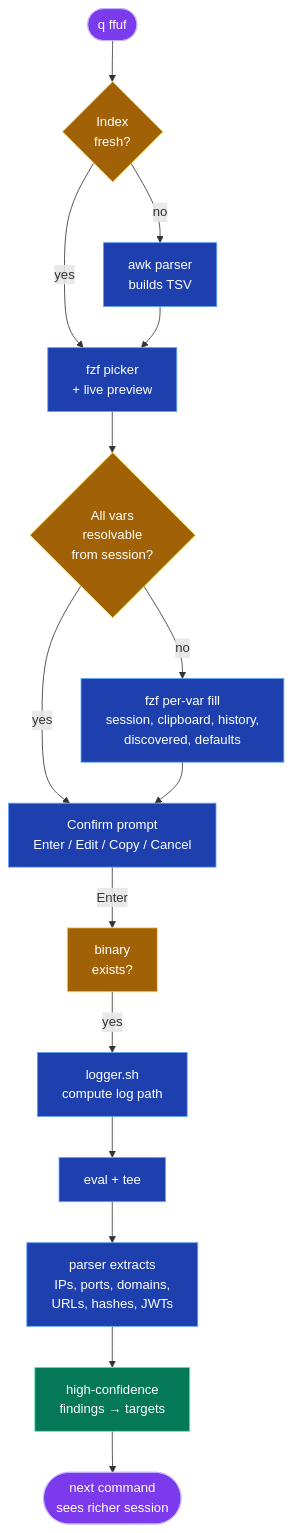
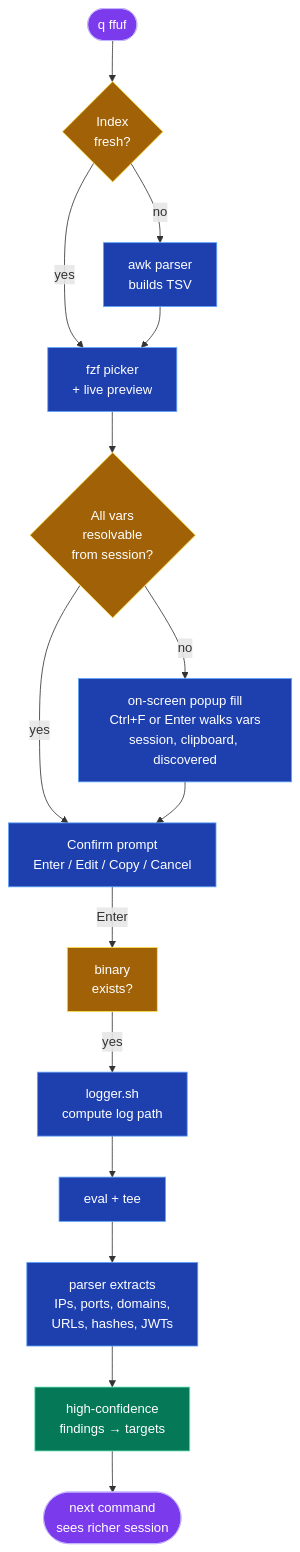
Before and after one commit to 0xDTC/0xq: the second of 4 diagrams in README.md, drawn with Mermaid. The commit also changed other lines of this file and 5 other files, not shown here.

First line of the commit message:
Add on-screen variable fill; drop session-context launcher and dev docs

````diff
--- a/README.md
+++ b/README.md
@@ -154,27 +155,27 @@
 ```mermaid
 flowchart TD
     Start([q ffuf]) --> Idx{Index<br/>fresh?}
     Idx -- no --> Rebuild[awk parser<br/>builds TSV]
     Idx -- yes --> Pick
     Rebuild --> Pick[fzf picker<br/>+ live preview]
     Pick --> Auto{All vars<br/>resolvable<br/>from session?}
     Auto -- yes --> Confirm[Confirm prompt<br/>Enter / Edit / Copy / Cancel]
-    Auto -- no --> Fill[fzf per-var fill<br/>session, clipboard, history,<br/>discovered, defaults]
+    Auto -- no --> Fill[on-screen popup fill<br/>Ctrl+F or Enter walks vars<br/>session, clipboard, discovered]
     Fill --> Confirm
     Confirm -- Enter --> PreCheck[binary<br/>exists?]
     PreCheck -- yes --> LogPath[logger.sh<br/>compute log path]
     LogPath --> Run[eval + tee]
     Run --> Parse[parser extracts<br/>IPs, ports, domains,<br/>URLs, hashes, JWTs]
     Parse --> Promote[high-confidence<br/>findings → targets]
     Promote --> Done([next command<br/>sees richer session])
 
     classDef flow fill:#1e40af,stroke:#60a5fa,color:#fff
     classDef decision fill:#a16207,stroke:#fde047,color:#fff
     classDef sink fill:#047857,stroke:#6ee7b7,color:#fff
     classDef terminal fill:#7c3aed,stroke:#c4b5fd,color:#fff
 
     class Start,Done terminal
     class Idx,Auto,PreCheck decision
     class Pick,Rebuild,Fill,Confirm,LogPath,Run,Parse flow
     class Promote sink
 ```
````
